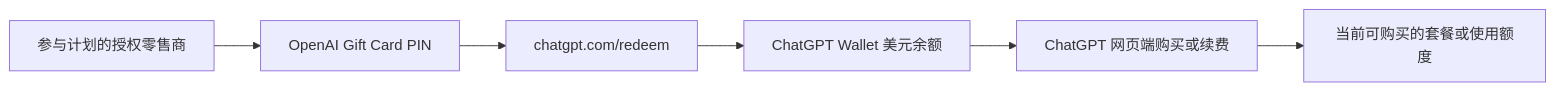
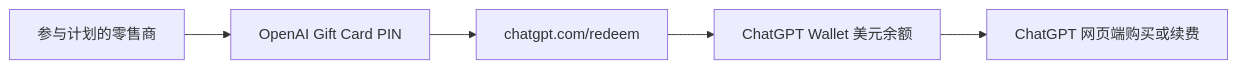
One commit to Avarce/openai-gift-card-guide changed the diagram in README.md. Above: the diagram before and after it, drawn with Mermaid. The commit also changed other lines of this file, not shown here.

Commit message:
Tighten guide: conclusions first, US-node redemption risks, Best Buy now listed by OpenAI

```diff
--- a/README.md
+++ b/README.md
@@ -61,8 +44,7 @@
 ~~~mermaid
 flowchart LR
-    A[参与计划的授权零售商] --> B[OpenAI Gift Card PIN]
+    A[参与计划的零售商] --> B[OpenAI Gift Card PIN]
     B --> C[chatgpt.com/redeem]
     C --> D[ChatGPT Wallet 美元余额]
     D --> E[ChatGPT 网页端购买或续费]
-    E --> F[当前可购买的套餐或使用额度]
 ~~~
```
